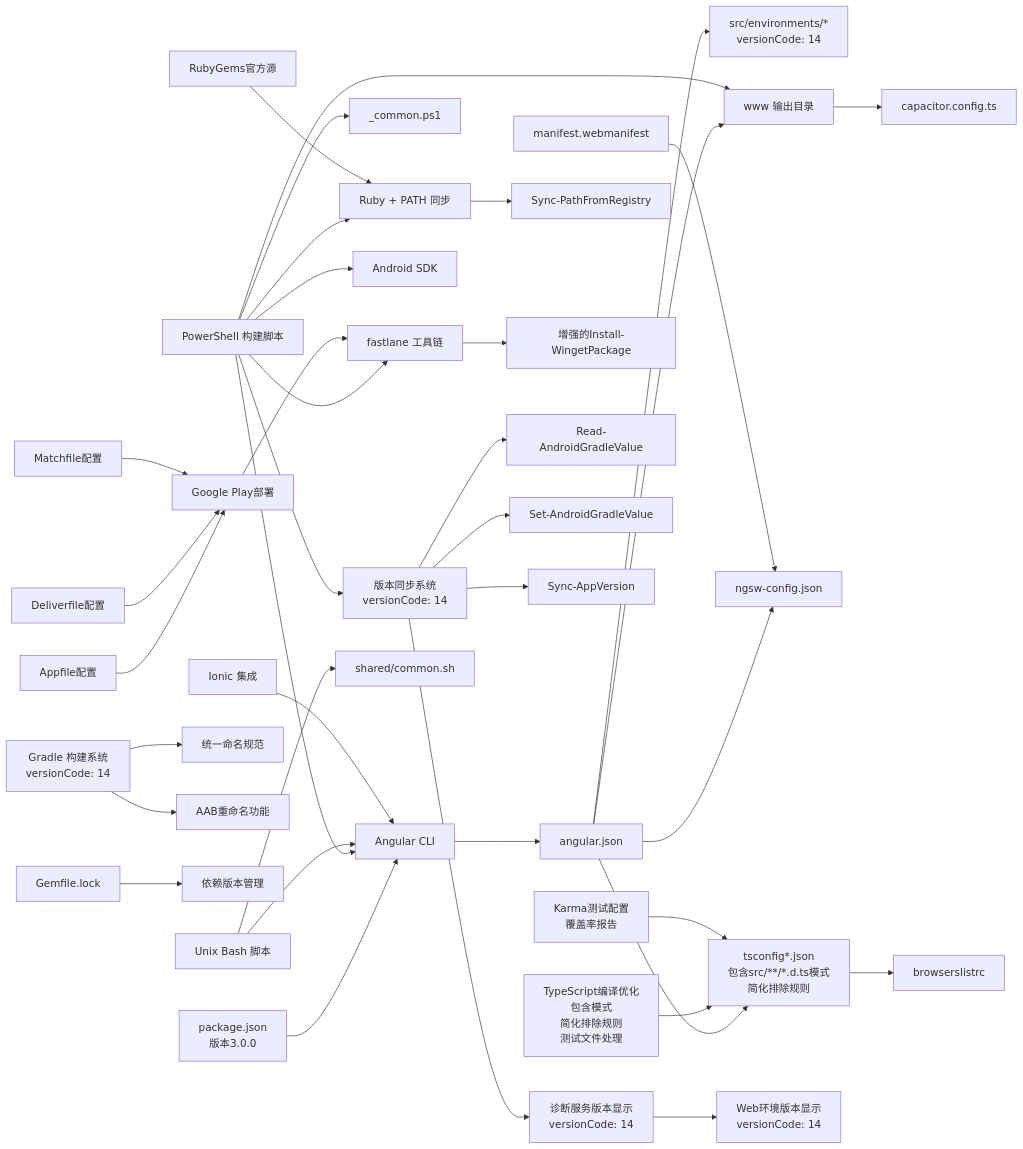
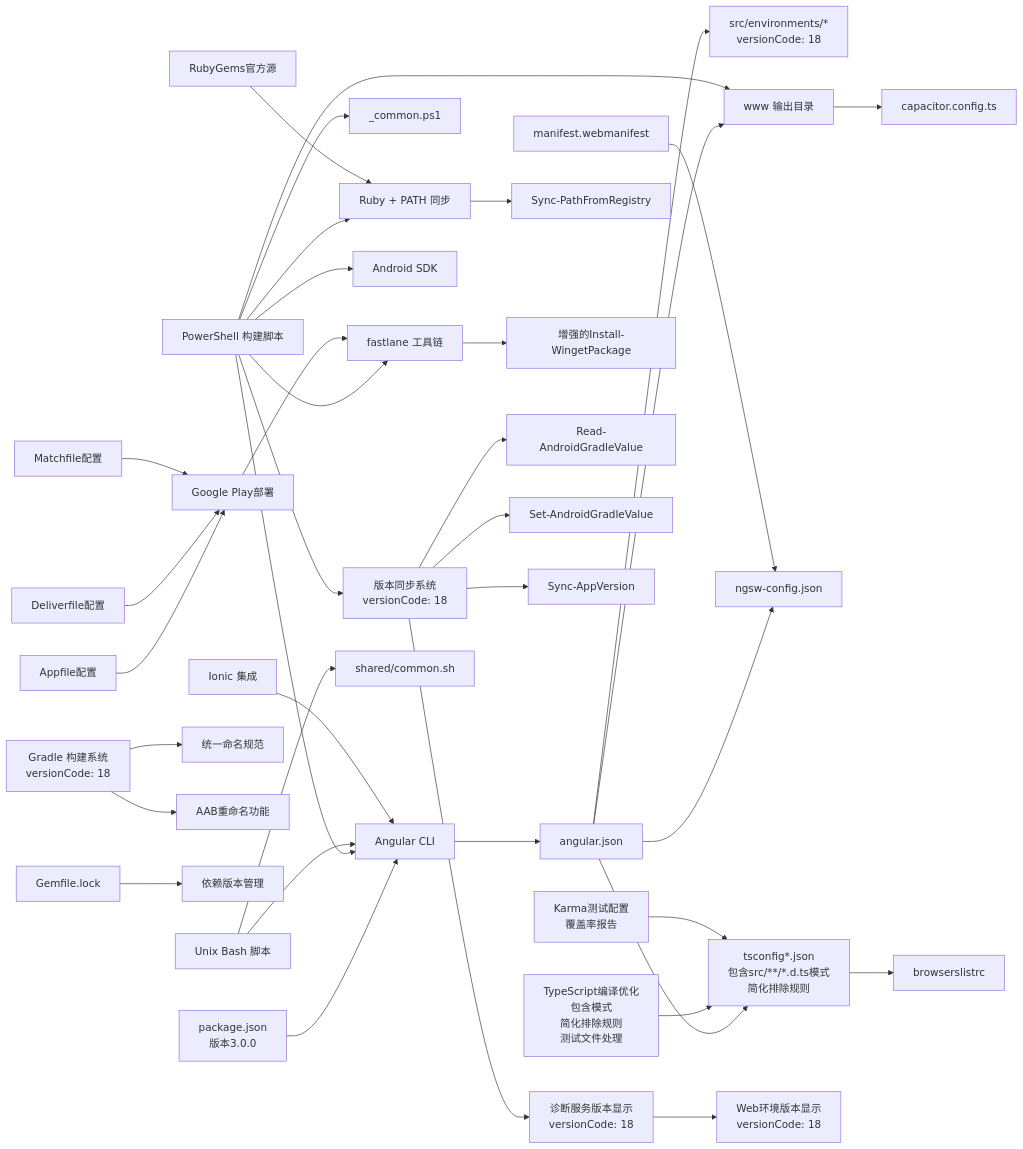
Before and after one commit to tea4go/Macro-Deck-Client-App: the sixth of 6 diagrams in .qoder/repowiki/zh/content/构建与部署/构建配置.md, drawn with Mermaid. The commit also changed other lines of this file and 50 other files, not shown here.

````diff
--- a/.qoder/repowiki/zh/content/构建与部署/构建配置.md
+++ b/.qoder/repowiki/zh/content/构建与部署/构建配置.md
@@ -1093,39 +1093,39 @@
 ```mermaid
 graph LR
 P["package.json<br/>版本3.0.0"] --> CLI["Angular CLI"]
 CLI --> CFG["angular.json"]
-CFG --> ENV["src/environments/*<br/>versionCode: 14"]
+CFG --> ENV["src/environments/*<br/>versionCode: 18"]
 CFG --> TS["tsconfig*.json<br/>包含src/**/*.d.ts模式<br/>简化排除规则"]
 TS --> BROWS["browserslistrc"]
 CFG --> SW["ngsw-config.json"]
 CFG --> WWW["www 输出目录"]
 WWW --> CAP["capacitor.config.ts"]
 PS["PowerShell 构建脚本"] --> CLI
 PS --> COMMON["_common.ps1"]
 PS --> WWW
 PS --> FASTLANE["fastlane 工具链"]
 PS --> ANDROID["Android SDK"]
 PS --> RUBY["Ruby + PATH 同步"]
-PS --> VERSIONSYNC["版本同步系统<br/>versionCode: 14"]
+PS --> VERSIONSYNC["版本同步系统<br/>versionCode: 18"]
 UNIX["Unix Bash 脚本"] --> COMMON2["shared/common.sh"]
 UNIX --> CLI
 MAN["manifest.webmanifest"] --> SW
 IONIC["Ionic 集成"] --> CLI
 RUBY --> SYNC["Sync-PathFromRegistry"]
 FASTLANE --> WINGET["增强的Install-WingetPackage"]
-GRADLE["Gradle 构建系统<br/>versionCode: 14"] --> NAMING["统一命名规范"]
+GRADLE["Gradle 构建系统<br/>versionCode: 18"] --> NAMING["统一命名规范"]
 GRADLE --> AABRENAME["AAB重命名功能"]
 GEMLOCK["Gemfile.lock"] --> DEPS["依赖版本管理"]
 PLAYSTORE["Google Play部署"] --> FASTLANE
 APPFILE["Appfile配置"] --> PLAYSTORE
 DELIVER["Deliverfile配置"] --> PLAYSTORE
 MATCH["Matchfile配置"] --> PLAYSTORE
 RUBYGEMS["RubyGems官方源"] --> RUBY
 VERSIONSYNC --> READGRADLE["Read-AndroidGradleValue"]
 VERSIONSYNC --> SETGRADLE["Set-AndroidGradleValue"]
 VERSIONSYNC --> SYNCAPP["Sync-AppVersion"]
-VERSIONSYNC --> DIAGNOSTIC["诊断服务版本显示<br/>versionCode: 14"]
-DIAGNOSTIC --> WEBENV["Web环境版本显示<br/>versionCode: 14"]
+VERSIONSYNC --> DIAGNOSTIC["诊断服务版本显示<br/>versionCode: 18"]
+DIAGNOSTIC --> WEBENV["Web环境版本显示<br/>versionCode: 18"]
 TSOPTIMIZATION["TypeScript编译优化<br/>包含模式<br/>简化排除规则<br/>测试文件处理"] --> TS
 KARMA["Karma测试配置<br/>覆盖率报告"] --> TS
 ```
````
